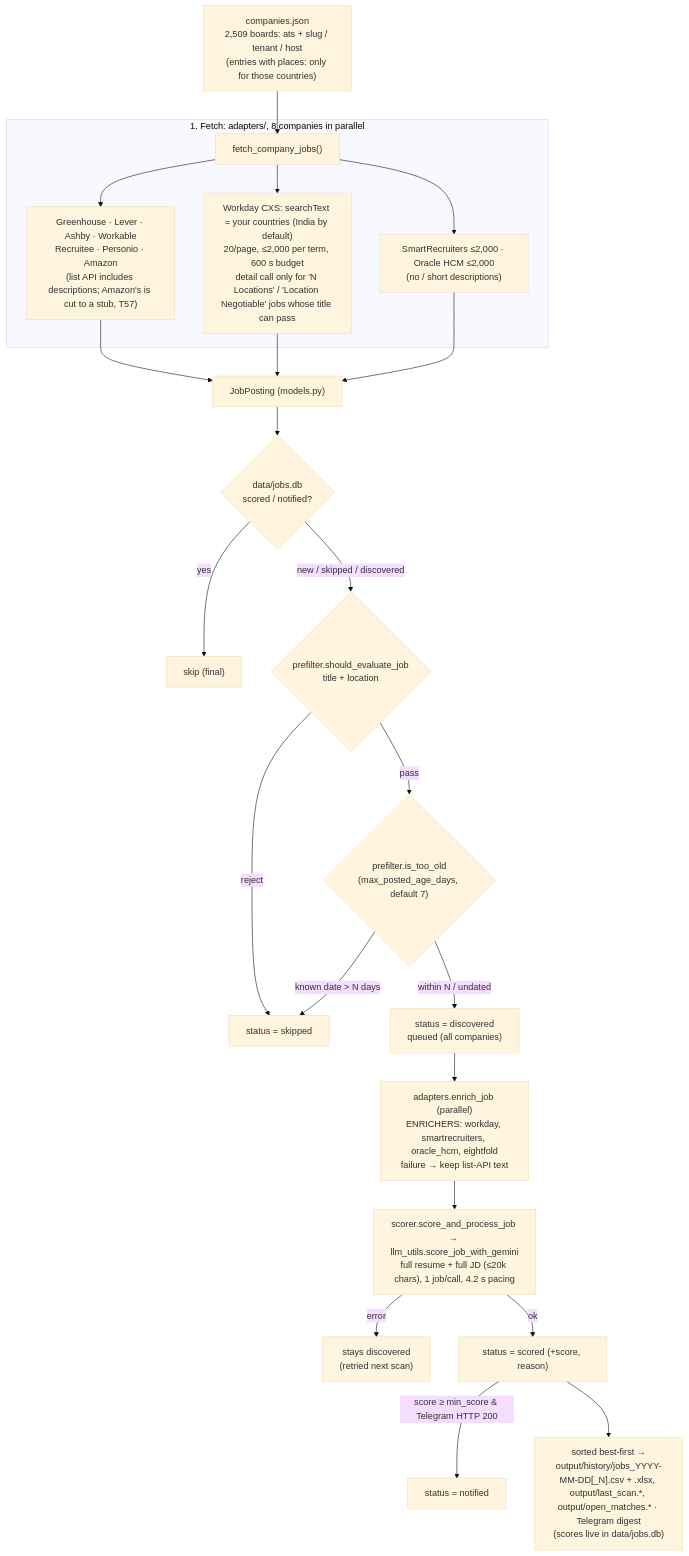
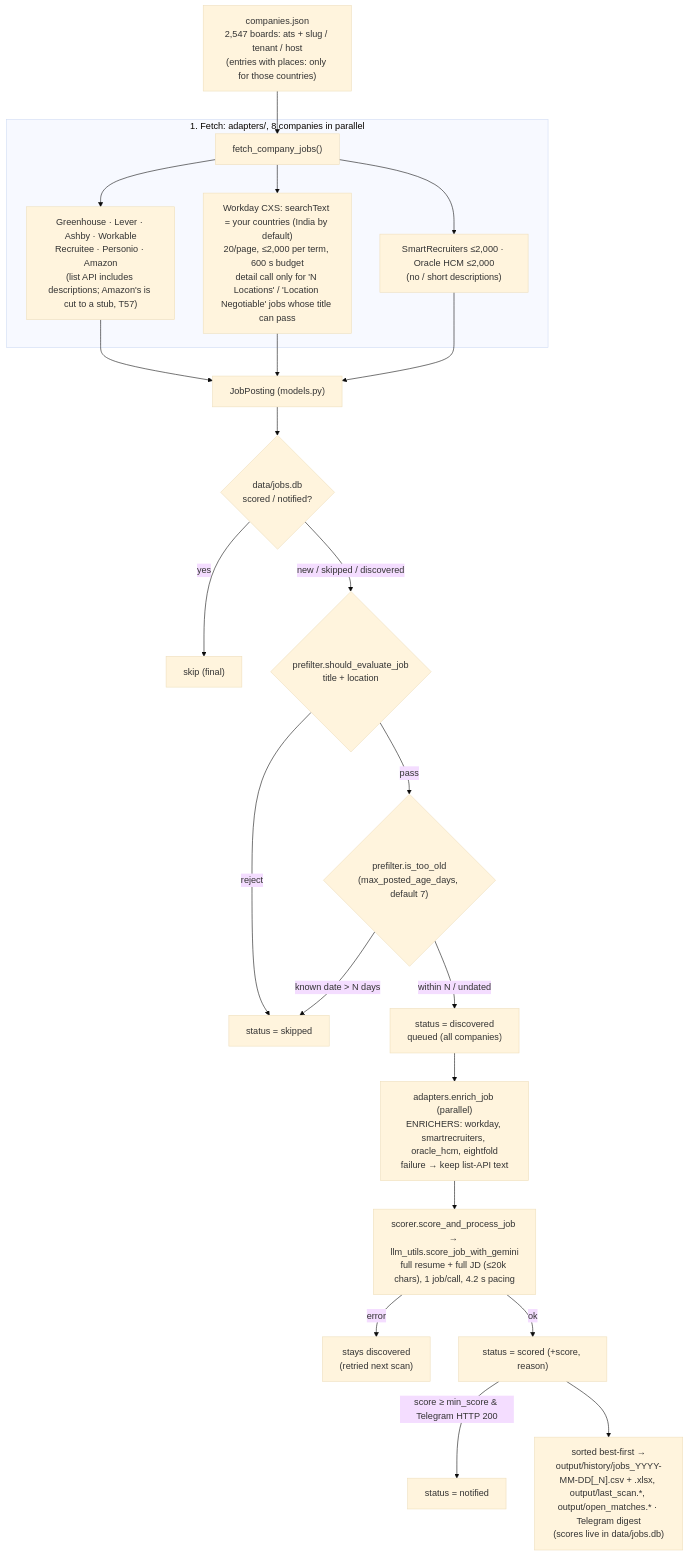
The diagram in ARCHITECTURE.md (Manish814142/rolesight), drawn with Mermaid (base theme) before and after one commit. The commit also changed 9 other files, not shown here.

First line of the commit message:
T144: 38 more companies verified on the official registers (prefix check of the 836 dropped companies with title-matching jobs); companies.json 2,547; visa records 1,712

````diff
--- a/ARCHITECTURE.md
+++ b/ARCHITECTURE.md
@@ -19,25 +19,25 @@
 ```mermaid
 flowchart TD
-    COMP["companies.json<br/>2,509 boards: ats + slug / tenant / host<br/>(entries with places: only for those countries)"] --> FETCH
+    COMP["companies.json<br/>2,547 boards: ats + slug / tenant / host<br/>(entries with places: only for those countries)"] --> FETCH
     subgraph Fetch ["1. Fetch: adapters/, 8 companies in parallel"]
         FETCH["fetch_company_jobs()"] --> LISTAPI["Greenhouse · Lever · Ashby · Workable<br/>Recruitee · Personio · Amazon<br/>(list API includes descriptions; Amazon's is cut to a stub, T57)"]
         FETCH --> WD["Workday CXS: searchText = your countries (India by default)<br/>20/page, ≤2,000 per term, 600 s budget<br/>detail call only for 'N Locations' / 'Location Negotiable' jobs whose title can pass"]
         FETCH --> SROH["SmartRecruiters ≤2,000 · Oracle HCM ≤2,000<br/>(no / short descriptions)"]
     end
     LISTAPI --> JP["JobPosting (models.py)"]
     WD --> JP
     SROH --> JP
     JP --> DEDUP{"data/jobs.db<br/>scored / notified?"}
     DEDUP -- yes --> SKIPF["skip (final)"]
     DEDUP -- "new / skipped / discovered" --> PF{"prefilter.should_evaluate_job<br/>title + location"}
     PF -- reject --> SKIPPED["status = skipped"]
     PF -- pass --> AGE{"prefilter.is_too_old<br/>(max_posted_age_days, default 7)"}
     AGE -- "known date > N days" --> SKIPPED
     AGE -- "within N / undated" --> QUEUE["status = discovered<br/>queued (all companies)"]
     QUEUE --> ENRICH["adapters.enrich_job (parallel)<br/>ENRICHERS: workday, smartrecruiters, oracle_hcm, eightfold<br/>failure → keep list-API text"]
     ENRICH --> SCORE["scorer.score_and_process_job → llm_utils.score_job_with_gemini<br/>full resume + full JD (≤20k chars), 1 job/call, 4.2 s pacing"]
     SCORE -- error --> DISC["stays discovered<br/>(retried next scan)"]
     SCORE -- ok --> SCORED["status = scored (+score, reason)"]
     SCORED -- "score ≥ min_score & Telegram HTTP 200" --> NOTIFIED["status = notified"]
     SCORED --> OUT["sorted best-first →<br/>output/history/jobs_YYYY-MM-DD[_N].csv + .xlsx, output/last_scan.*, output/open_matches.* · Telegram digest<br/>(scores live in data/jobs.db)"]
 ```
````
